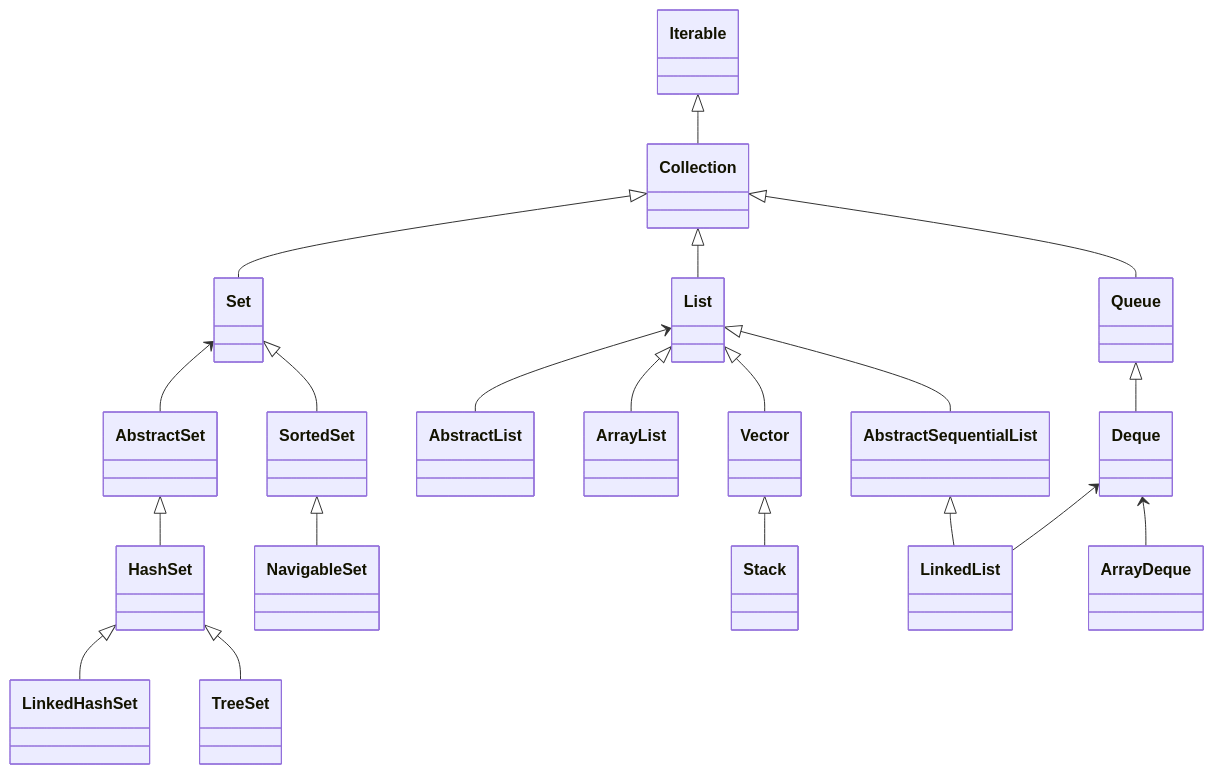
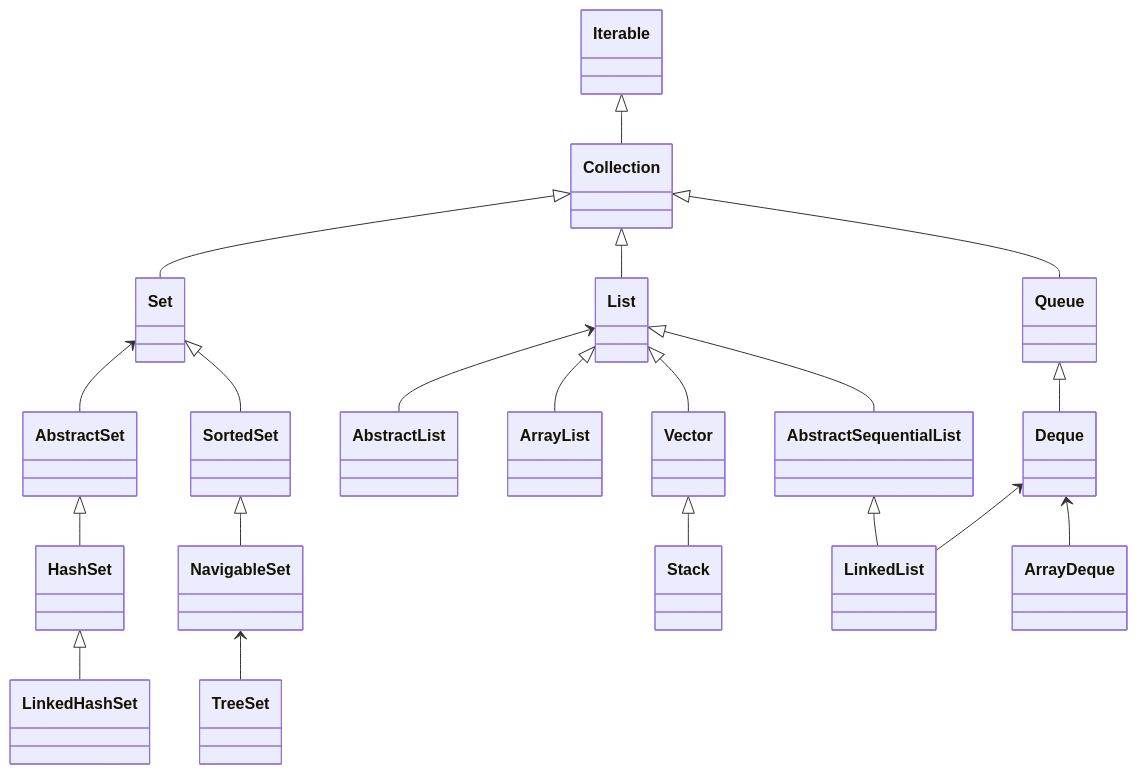
One commit to 1sonjm/1sonjm.github.io changed the diagram in _posts/develop/scripting_language/java/2019-02-20-java-collection.md. Above: the diagram before and after it, drawn with Mermaid. The commit also changed other lines of this file, not shown here.

````diff
--- a/_posts/develop/scripting_language/java/2019-02-20-java-collection.md
+++ b/_posts/develop/scripting_language/java/2019-02-20-java-collection.md
@@ -14,32 +14,32 @@
 ```mermaid
 classDiagram
 Iterable <|-- Collection
 Collection <|-- Set
 Set <-- AbstractSet
 AbstractSet <|-- HashSet
 HashSet <|-- LinkedHashSet
 Set <|-- SortedSet
 SortedSet <|-- NavigableSet
-HashSet <|-- TreeSet
+NavigableSet <-- TreeSet
 
 Collection <|-- List
 List <-- AbstractList
 List <|-- ArrayList
 List <|-- Vector
 Vector <|-- Stack
 List <|-- AbstractSequentialList
 AbstractSequentialList <|-- LinkedList
 
 Collection <|-- Queue
 Queue <|-- Deque
 Deque <-- LinkedList
 Deque <-- ArrayDeque
 
 Iterable: <interface>
 Collection: <interface>
 List: <interface>
 Set: <interface>
 SortedSet: <interface>
 NavigableSet: <interface>
 Queue: <interface>
 ```
````
